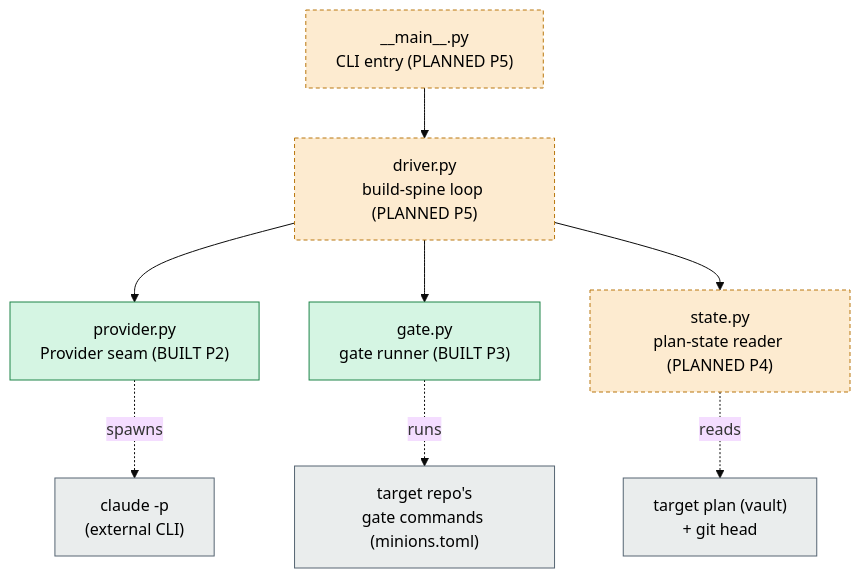
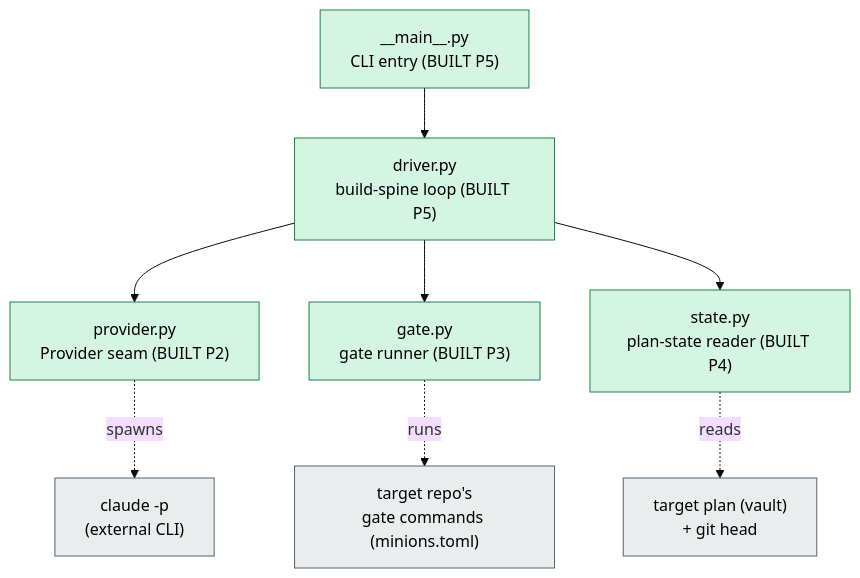
Before and after one commit to alxb1t/minionsfactory: the diagram in docs/architecture.md, drawn with Mermaid (base theme). The commit also changed other lines of this file and 4 other files, not shown here.

First line of the commit message:
docs: promote driver + entry to built (P5)

````diff
--- a/docs/architecture.md
+++ b/docs/architecture.md
@@ -46,21 +46,21 @@
 ```mermaid
 graph TD
-    main["__main__.py<br/>CLI entry (PLANNED P5)"]:::planned
-    driver["driver.py<br/>build-spine loop (PLANNED P5)"]:::planned
-    state["state.py<br/>plan-state reader (PLANNED P4)"]:::planned
+    main["__main__.py<br/>CLI entry (BUILT P5)"]:::built
+    driver["driver.py<br/>build-spine loop (BUILT P5)"]:::built
+    state["state.py<br/>plan-state reader (BUILT P4)"]:::built
     gate["gate.py<br/>gate runner (BUILT P3)"]:::built
     provider["provider.py<br/>Provider seam (BUILT P2)"]:::built
 
     main --> driver
     driver --> provider
     driver --> gate
     driver --> state
 
     provider -. spawns .-> claude["claude -p<br/>(external CLI)"]:::external
     gate -. runs .-> targetgate["target repo's<br/>gate commands (minions.toml)"]:::external
     state -. reads .-> disk["target plan (vault)<br/>+ git head"]:::external
 
     classDef built fill:#d5f5e3,stroke:#1e8449,color:#000;
     classDef planned fill:#fdebd0,stroke:#b9770e,color:#000,stroke-dasharray: 4 3;
     classDef external fill:#eaeded,stroke:#566573,color:#000;
 ```
````
